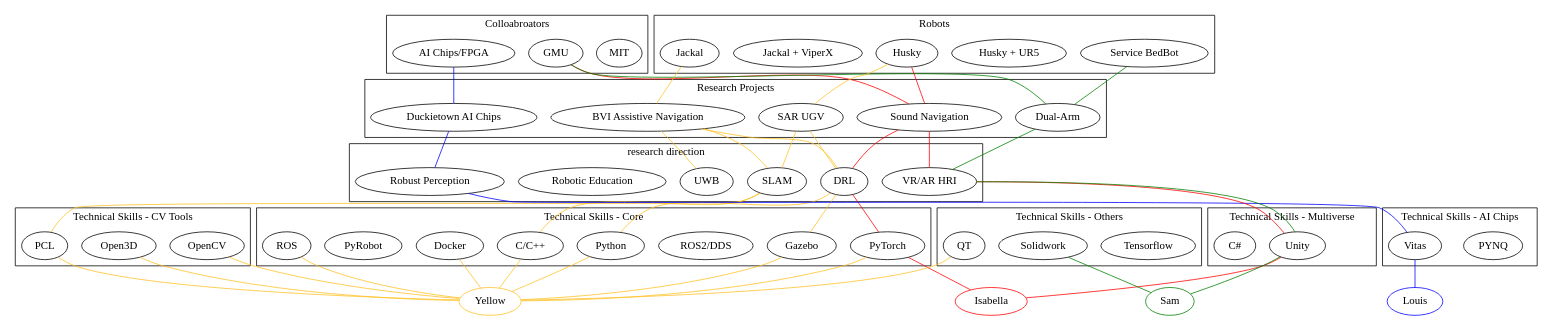
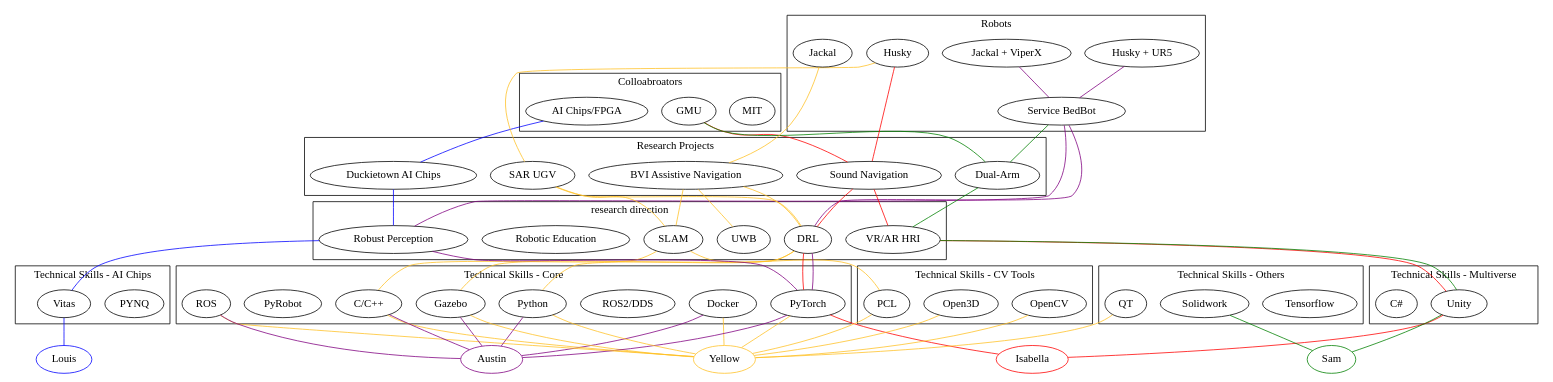
Before and after one commit to ARG-NCTU/robotics-skill-tree: the diagram in research_tree_lab.dot, drawn with Graphviz.

Commit message:
austin-tree

```diff
--- a/research_tree_lab.dot
+++ b/research_tree_lab.dot
@@ -1,69 +1,76 @@
 
 graph {
 subgraph cluster_A {
 label = "Colloabroators" ;
 "MIT" "GMU" "AI Chips/FPGA"
 }
 
 subgraph cluster_A1 {
 label = "Robots" ;
 "Husky" "Husky + UR5" "Jackal" "Jackal + ViperX" "Service BedBot"
 }
 
 subgraph cluster_B{
 label = "Research Projects" ;
 "Duckietown AI Chips" "Sound Navigation" "Dual-Arm" "SAR UGV" "BVI Assistive Navigation"
 
 }
 
 subgraph cluster_C{
 label = "research direction";
 "SLAM" "DRL" "Robust Perception" "VR/AR HRI" "Robotic Education" "UWB"
 }
 
 subgraph cluster_D{
 label = "Technical Skills - Core" ;
 "Docker" "ROS" "ROS2/DDS" "Gazebo" "PyTorch" "Python" "PyRobot" "C/C++"
 }
 
 subgraph cluster_D1{
 label = "Technical Skills - Multiverse" ;
 "Unity" "C#"
 }
 
 subgraph cluster_D2{
 label = "Technical Skills - AI Chips" ;
  "PYNQ" "Vitas"
 }
 
 subgraph cluster_D3{
 label = "Technical Skills - CV Tools" ;
  "OpenCV" "Open3D" "PCL"
 }
 
 subgraph cluster_D4{
 label = "Technical Skills - Others" ;
 "ROS" "ROS2/DDS" "Tensorflow" "Solidwork" "QT"
 }
 
 "Isabella" [color=red];
 "GMU" -- "Sound Navigation" -- "VR/AR HRI" -- "Unity" -- "Isabella"[color=red];
 "Husky" --  "Sound Navigation" -- "DRL" -- "PyTorch" -- "Isabella"[color=red];
 
 
 "Sam" [color=green];
 "GMU" -- "Dual-Arm" -- "VR/AR HRI" -- "Unity" -- "Sam"[color=green];
 "Service BedBot" --  "Dual-Arm" [color=green];
 "Solidwork" -- "Sam"[color=green];
 
 "Louis" [color=blue];
 "AI Chips/FPGA" -- "Duckietown AI Chips" -- "Robust Perception" -- "Vitas" -- "Louis"[color=blue];
 
 "Yellow" [color=goldenrod1];
 "Jackal" -- "BVI Assistive Navigation" -- "DRL"[color=goldenrod1] ;
             "BVI Assistive Navigation" -- "SLAM" -- "PCL"[color=goldenrod1] ;"SLAM" -- "C/C++"[color=goldenrod1] ;
             "BVI Assistive Navigation" -- "UWB"[color=goldenrod1] ;
 "Husky" -- "SAR UGV" -- "DRL"[color=goldenrod1];"DRL" -- "Gazebo"[color=goldenrod1];"DRL" -- "Python"[color=goldenrod1];
            "SAR UGV" -- "SLAM"[color=goldenrod1];
 "C/C++" -- "Yellow"[color=goldenrod1] ;"Python" -- "Yellow"[color=goldenrod1] ;"PyTorch" -- "Yellow"[color=goldenrod1] ;"Gazebo" -- "Yellow"[color=goldenrod1] ;"ROS" -- "Yellow"[color=goldenrod1] ;"Docker" -- "Yellow"[color=goldenrod1] ;"QT" -- "Yellow"[color=goldenrod1] ;"OpenCV" -- "Yellow"[color=goldenrod1] ;"Open3D" -- "Yellow"[color=goldenrod1] ;"PCL" -- "Yellow"[color=goldenrod1] ;
+
+
+"Austin" [color=purple];
+"Jackal + ViperX" -- "Service BedBot" -- "DRL" -- "PyTorch"[color=purple] ;
+                     "Service BedBot" -- "Robust Perception" -- "PyTorch"[color=purple];
+"Husky + UR5" -- "Service BedBot"[color=purple] ;
+"C/C++" -- "Austin"[color=purple] ;"Python" -- "Austin"[color=purple] ;"PyTorch" -- "Austin"[color=purple] ;"Gazebo" -- "Austin"[color=purple] ;"ROS" -- "Austin"[color=purple] ;"Docker" -- "Austin"[color=purple];
 }
```
